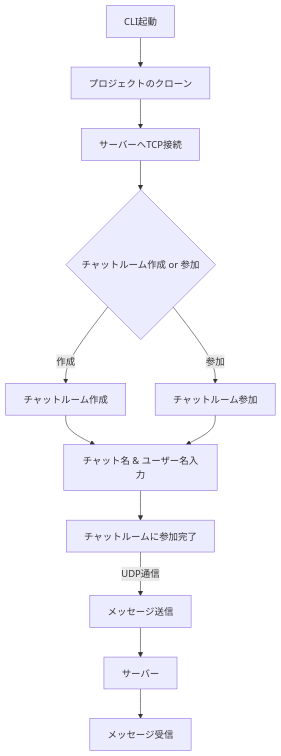
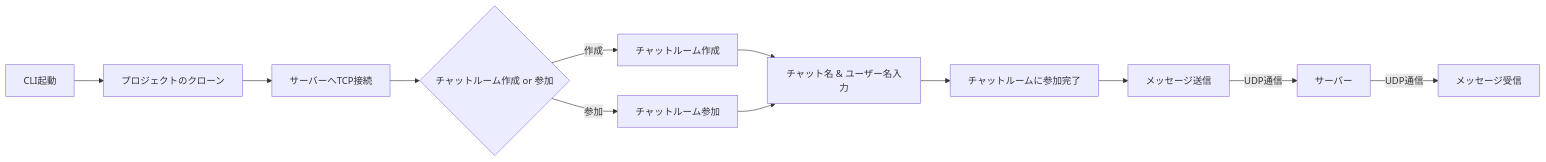
The diagram in README.md (BackendExplorer/Tenshin), drawn with Mermaid before and after one commit.

````diff
--- a/README.md
+++ b/README.md
@@ -2,11 +2,12 @@
 ```mermaid
-graph TD
+graph LR
     A[CLI起動] --> B[プロジェクトのクローン] --> C[サーバーへTCP接続] --> D{チャットルーム作成 or 参加}
     
     D -- 作成 --> E[チャットルーム作成] --> G[チャット名 & ユーザー名入力]
     D -- 参加 --> F[チャットルーム参加] --> G
     
-    G --> H[チャットルームに参加完了]
+    G --> H[チャットルームに参加完了] --> I[メッセージ送信]
     
-    H -->|UDP通信| I[メッセージ送信] --> J[サーバー] --> K[メッセージ受信]
+    I -- UDP通信 --> J[サーバー]
+    J -- UDP通信 --> K[メッセージ受信]
 ```
````
